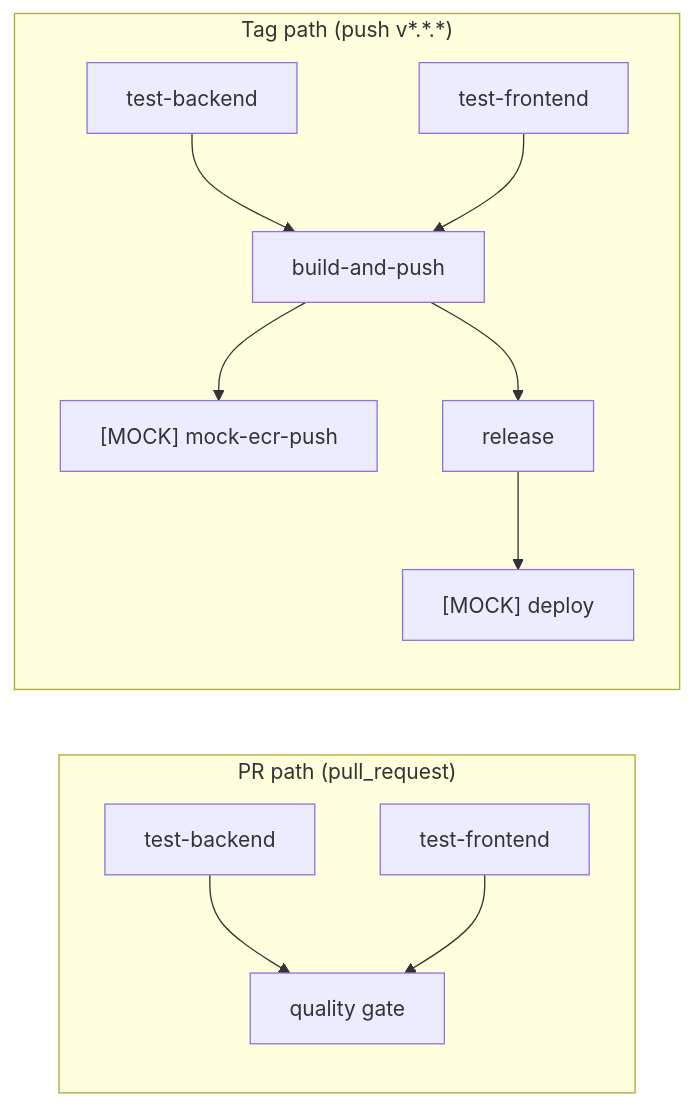
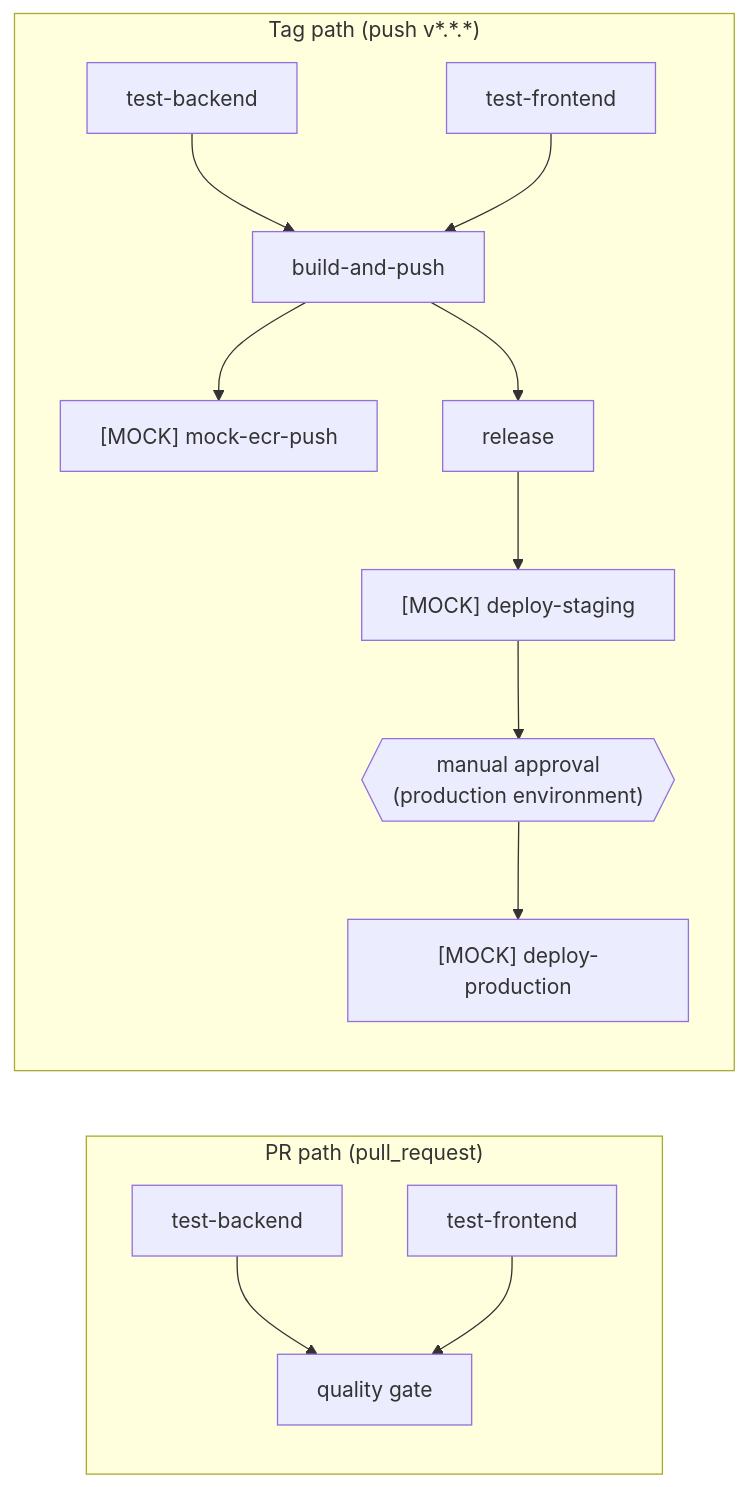
Before and after one commit to iAhmedMusa/devops-assessment: the diagram in docs/ci-cd.md, drawn with Mermaid. The commit also changed other lines of this file and 1 other file, not shown here.

````diff
--- a/docs/ci-cd.md
+++ b/docs/ci-cd.md
@@ -7,15 +7,17 @@
 ```mermaid
 flowchart LR
     subgraph "PR path (pull_request)"
         A1[test-backend] --> A2[quality gate]
         A3[test-frontend] --> A2
     end
 
     subgraph "Tag path (push v*.*.*)"
         B1[test-backend] --> B3[build-and-push]
         B2[test-frontend] --> B3
         B3 --> B4["[MOCK] mock-ecr-push"]
         B3 --> B5[release]
-        B5 --> B6["[MOCK] deploy"]
+        B5 --> B6["[MOCK] deploy-staging"]
+        B6 --> G{{"manual approval\n(production environment)"}}
+        G --> B7["[MOCK] deploy-production"]
     end
 ```
````
